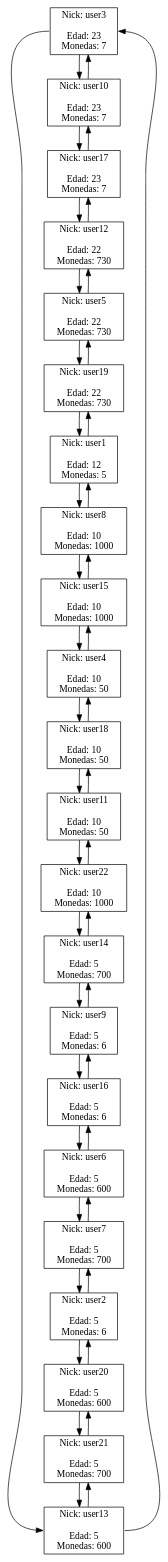
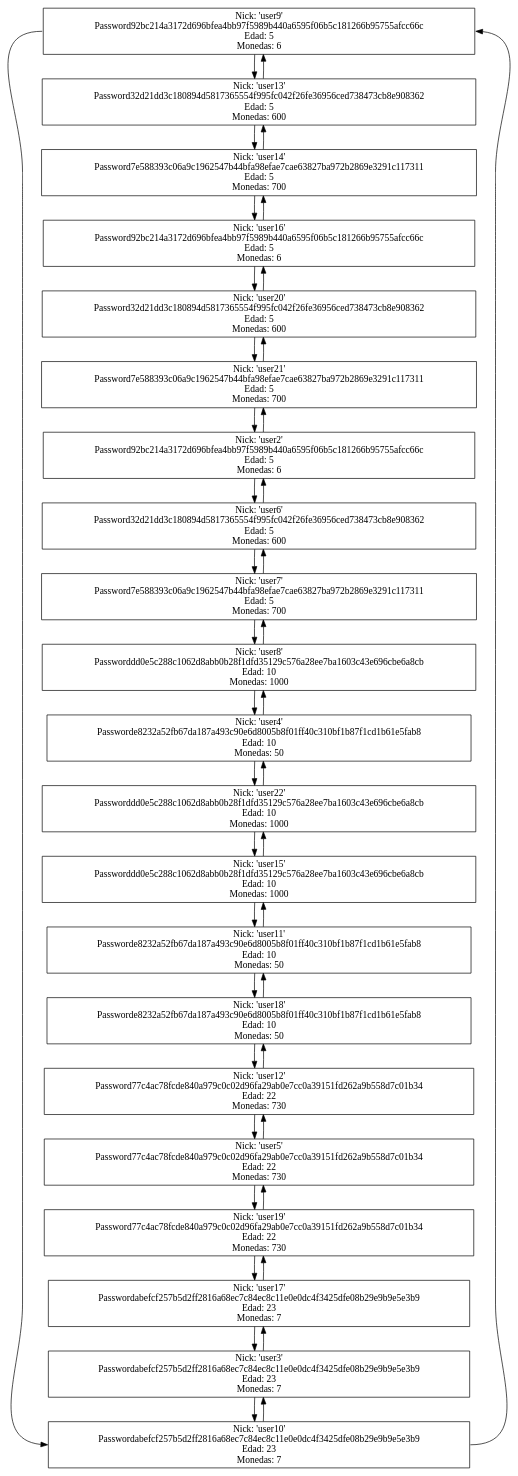
The diagram in usuarios.dot (ASique-4/-EDD_2S-BatallaNaval_202012039), drawn with Graphviz before and after one commit. The commit also changed 15 other files, not shown here.

```diff
--- a/usuarios.dot
+++ b/usuarios.dot
@@ -1,136 +1,130 @@
 digraph G {
 graph [rankdir = TB ]
 node [shape = box]
-user3 [label="Nick: user3
-
+"user9"[label="Nick: 'user9'
+Password92bc214a3172d696bfea4bb97f5989b440a6595f06b5c181266b95755afcc66c
+Edad: 5
+Monedas: 6"];
+user9->user13
+"user13" [label="Nick: 'user13'
+Password32d21dd3c180894d5817365554f995fc042f26fe36956ced738473cb8e908362
+Edad: 5
+Monedas: 600"];
+"user13"->"user14"
+"user13"->"user9"
+"user14" [label="Nick: 'user14'
+Password7e588393c06a9c1962547b44bfa98efae7cae63827ba972b2869e3291c117311
+Edad: 5
+Monedas: 700"];
+"user14"->"user16"
+"user14"->"user13"
+"user16" [label="Nick: 'user16'
+Password92bc214a3172d696bfea4bb97f5989b440a6595f06b5c181266b95755afcc66c
+Edad: 5
+Monedas: 6"];
+"user16"->"user20"
+"user16"->"user14"
+"user20" [label="Nick: 'user20'
+Password32d21dd3c180894d5817365554f995fc042f26fe36956ced738473cb8e908362
+Edad: 5
+Monedas: 600"];
+"user20"->"user21"
+"user20"->"user16"
+"user21" [label="Nick: 'user21'
+Password7e588393c06a9c1962547b44bfa98efae7cae63827ba972b2869e3291c117311
+Edad: 5
+Monedas: 700"];
+"user21"->"user2"
+"user21"->"user20"
+"user2" [label="Nick: 'user2'
+Password92bc214a3172d696bfea4bb97f5989b440a6595f06b5c181266b95755afcc66c
+Edad: 5
+Monedas: 6"];
+"user2"->"user6"
+"user2"->"user21"
+"user6" [label="Nick: 'user6'
+Password32d21dd3c180894d5817365554f995fc042f26fe36956ced738473cb8e908362
+Edad: 5
+Monedas: 600"];
+"user6"->"user7"
+"user6"->"user2"
+"user7" [label="Nick: 'user7'
+Password7e588393c06a9c1962547b44bfa98efae7cae63827ba972b2869e3291c117311
+Edad: 5
+Monedas: 700"];
+"user7"->"user8"
+"user7"->"user6"
+"user8" [label="Nick: 'user8'
+Passworddd0e5c288c1062d8abb0b28f1dfd35129c576a28ee7ba1603c43e696cbe6a8cb
+Edad: 10
+Monedas: 1000"];
+"user8"->"user4"
+"user8"->"user7"
+"user4" [label="Nick: 'user4'
+Passworde8232a52fb67da187a493c90e6d8005b8f01ff40c310bf1b87f1cd1b61e5fab8
+Edad: 10
+Monedas: 50"];
+"user4"->"user22"
+"user4"->"user8"
+"user22" [label="Nick: 'user22'
+Passworddd0e5c288c1062d8abb0b28f1dfd35129c576a28ee7ba1603c43e696cbe6a8cb
+Edad: 10
+Monedas: 1000"];
+"user22"->"user15"
+"user22"->"user4"
+"user15" [label="Nick: 'user15'
+Passworddd0e5c288c1062d8abb0b28f1dfd35129c576a28ee7ba1603c43e696cbe6a8cb
+Edad: 10
+Monedas: 1000"];
+"user15"->"user11"
+"user15"->"user22"
+"user11" [label="Nick: 'user11'
+Passworde8232a52fb67da187a493c90e6d8005b8f01ff40c310bf1b87f1cd1b61e5fab8
+Edad: 10
+Monedas: 50"];
+"user11"->"user18"
+"user11"->"user15"
+"user18" [label="Nick: 'user18'
+Passworde8232a52fb67da187a493c90e6d8005b8f01ff40c310bf1b87f1cd1b61e5fab8
+Edad: 10
+Monedas: 50"];
+"user18"->"user12"
+"user18"->"user11"
+"user12" [label="Nick: 'user12'
+Password77c4ac78fcde840a979c0c02d96fa29ab0e7cc0a39151fd262a9b558d7c01b34
+Edad: 22
+Monedas: 730"];
+"user12"->"user5"
+"user12"->"user18"
+"user5" [label="Nick: 'user5'
+Password77c4ac78fcde840a979c0c02d96fa29ab0e7cc0a39151fd262a9b558d7c01b34
+Edad: 22
+Monedas: 730"];
+"user5"->"user19"
+"user5"->"user12"
+"user19" [label="Nick: 'user19'
+Password77c4ac78fcde840a979c0c02d96fa29ab0e7cc0a39151fd262a9b558d7c01b34
+Edad: 22
+Monedas: 730"];
+"user19"->"user17"
+"user19"->"user5"
+"user17" [label="Nick: 'user17'
+Passwordabefcf257b5d2ff2816a68ec7c84ec8c11e0e0dc4f3425dfe08b29e9b9e5e3b9
 Edad: 23
 Monedas: 7"];
-user3->user10
-user10 [label="Nick: user10
-
+"user17"->"user3"
+"user17"->"user19"
+"user3" [label="Nick: 'user3'
+Passwordabefcf257b5d2ff2816a68ec7c84ec8c11e0e0dc4f3425dfe08b29e9b9e5e3b9
 Edad: 23
 Monedas: 7"];
-user10->user17
-user10->user3
-user17 [label="Nick: user17
-
+"user3"->"user10"
+"user3"->"user17"
+"user10"[label="Nick: 'user10'
+Passwordabefcf257b5d2ff2816a68ec7c84ec8c11e0e0dc4f3425dfe08b29e9b9e5e3b9
 Edad: 23
 Monedas: 7"];
-user17->user12
-user17->user10
-user12 [label="Nick: user12
-
-Edad: 22
-Monedas: 730"];
-user12->user5
-user12->user17
-user5 [label="Nick: user5
-
-Edad: 22
-Monedas: 730"];
-user5->user19
-user5->user12
-user19 [label="Nick: user19
-
-Edad: 22
-Monedas: 730"];
-user19->user1
-user19->user5
-user1 [label="Nick: user1
-
-Edad: 12
-Monedas: 5"];
-user1->user8
-user1->user19
-user8 [label="Nick: user8
-
-Edad: 10
-Monedas: 1000"];
-user8->user15
-user8->user1
-user15 [label="Nick: user15
-
-Edad: 10
-Monedas: 1000"];
-user15->user4
-user15->user8
-user4 [label="Nick: user4
-
-Edad: 10
-Monedas: 50"];
-user4->user18
-user4->user15
-user18 [label="Nick: user18
-
-Edad: 10
-Monedas: 50"];
-user18->user11
-user18->user4
-user11 [label="Nick: user11
-
-Edad: 10
-Monedas: 50"];
-user11->user22
-user11->user18
-user22 [label="Nick: user22
-
-Edad: 10
-Monedas: 1000"];
-user22->user14
-user22->user11
-user14 [label="Nick: user14
-
-Edad: 5
-Monedas: 700"];
-user14->user9
-user14->user22
-user9 [label="Nick: user9
-
-Edad: 5
-Monedas: 6"];
-user9->user16
-user9->user14
-user16 [label="Nick: user16
-
-Edad: 5
-Monedas: 6"];
-user16->user6
-user16->user9
-user6 [label="Nick: user6
-
-Edad: 5
-Monedas: 600"];
-user6->user7
-user6->user16
-user7 [label="Nick: user7
-
-Edad: 5
-Monedas: 700"];
-user7->user2
-user7->user6
-user2 [label="Nick: user2
-
-Edad: 5
-Monedas: 6"];
-user2->user20
-user2->user7
-user20 [label="Nick: user20
-
-Edad: 5
-Monedas: 600"];
-user20->user21
-user20->user2
-user21 [label="Nick: user21
-
-Edad: 5
-Monedas: 700"];
-user21->user13
-user21->user20
-user13 [label="Nick: user13
-
-Edad: 5
-Monedas: 600"];
-user13->user21
-user13:e->user3:e
-user3:w->user13:w
+"user10"->"user3"
+"user10":e->"user9":e
+"user9":w->"user10":w
 }
```
